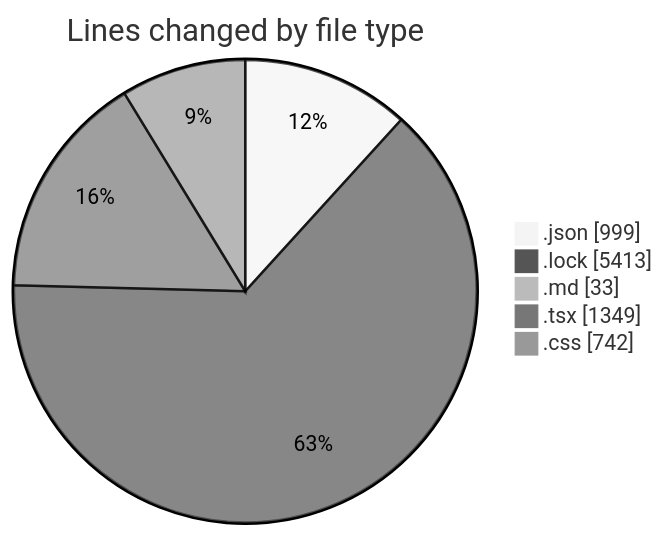
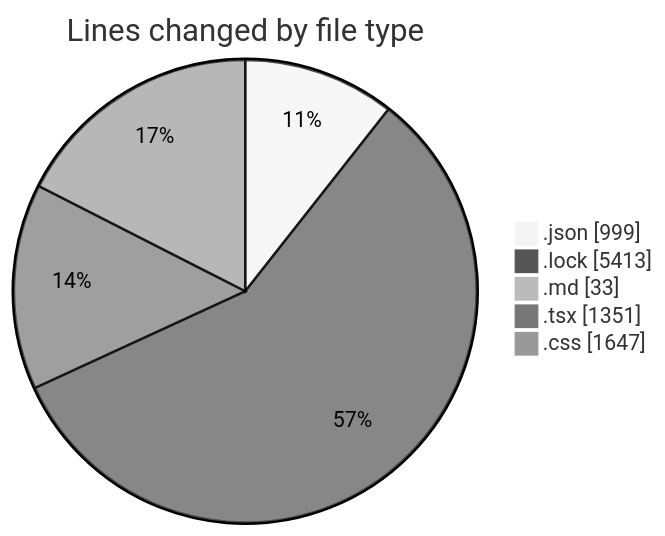
The first of 2 diagrams in 2025-08-11/ribbon/README.md (EIIisD/code-tracking), drawn with Mermaid (neutral theme) before and after one commit. The commit also changed other lines of this file and 1 other file, not shown here.

````diff
--- a/2025-08-11/ribbon/README.md
+++ b/2025-08-11/ribbon/README.md
@@ -40,9 +40,9 @@
 ```mermaid
 pie showData
 title Lines changed by file type
 ".json" : 999
 ".lock" : 5413
 ".md" : 33
-".tsx" : 1349
-".css" : 742
+".tsx" : 1351
+".css" : 1647
 ```
````
